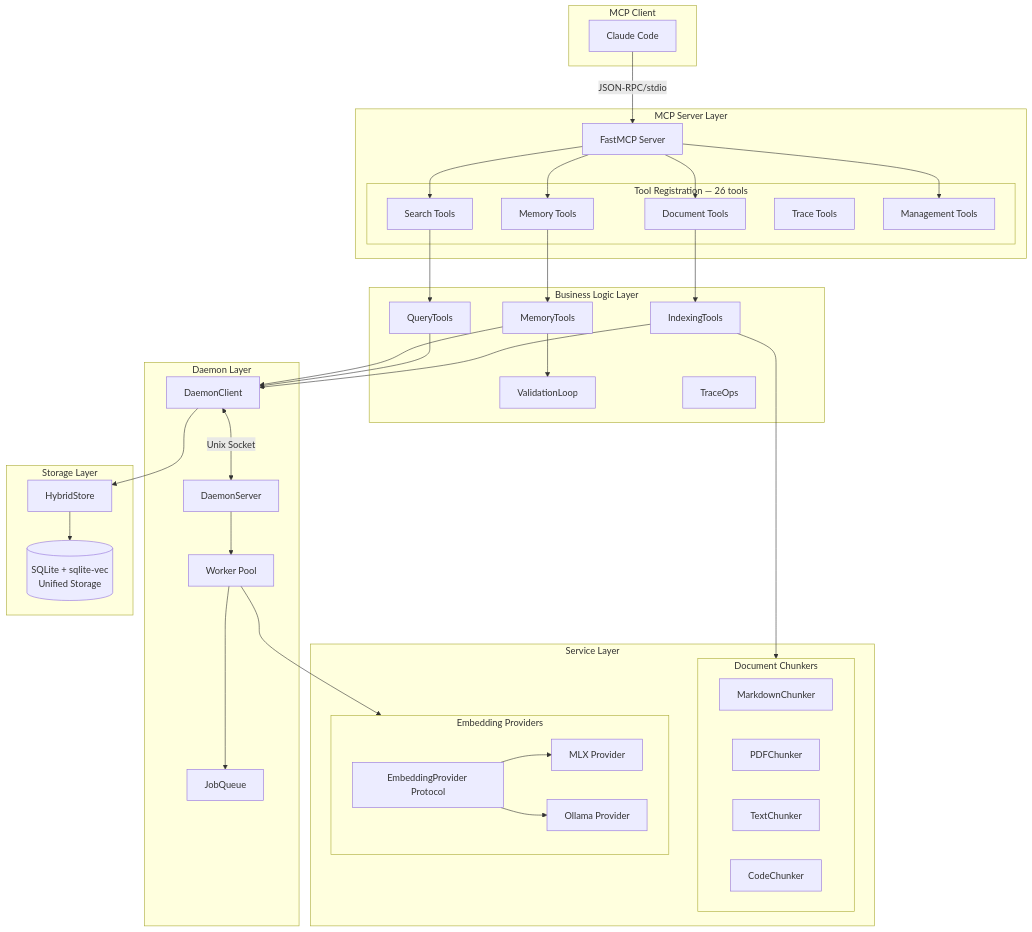
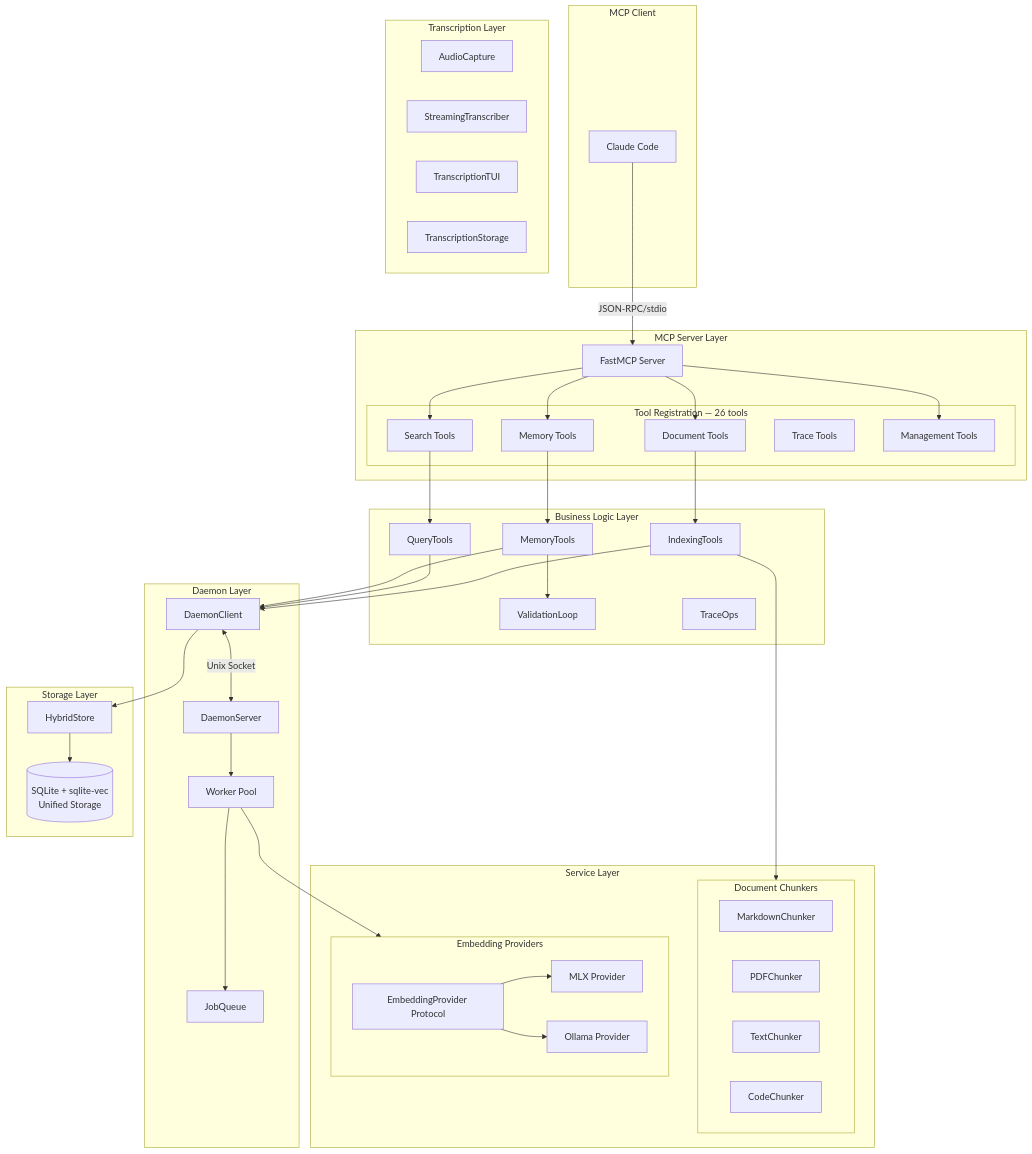
Before and after one commit to blueman82/theo: the diagram in docs/architecture.md, drawn with Mermaid.

Commit message:
Update documentation: architecture.md via Edit [2026-02-08 11:35]

````diff
--- a/docs/architecture.md
+++ b/docs/architecture.md
@@ -109,73 +109,80 @@
 ```mermaid
 flowchart TB
     subgraph Client["MCP Client"]
         CC[Claude Code]
     end
 
     subgraph MCPServer["MCP Server Layer"]
         FM[FastMCP Server]
         subgraph Tools["Tool Registration — 26 tools"]
             DT[Document Tools]
             ST[Search Tools]
             MT[Memory Tools]
             TRT[Trace Tools]
             MGT[Management Tools]
         end
     end
 
     subgraph Business["Business Logic Layer"]
         IT[IndexingTools]
         QT[QueryTools]
         MTools[MemoryTools]
         VL[ValidationLoop]
         TR[TraceOps]
     end
 
     subgraph Daemon["Daemon Layer"]
         DC[DaemonClient]
         DS[DaemonServer]
         W[Worker Pool]
         JQ[JobQueue]
     end
 
     subgraph Services["Service Layer"]
         subgraph Chunkers["Document Chunkers"]
             MC[MarkdownChunker]
             PC[PDFChunker]
             TC[TextChunker]
             CodeC[CodeChunker]
         end
         subgraph Embedding["Embedding Providers"]
             EP[EmbeddingProvider Protocol]
             MLX[MLX Provider]
             OLL[Ollama Provider]
         end
     end
 
     subgraph Storage["Storage Layer"]
         HS[HybridStore]
         SQL[(SQLite + sqlite-vec<br/>Unified Storage)]
     end
 
+    subgraph Transcription["Transcription Layer"]
+        AC[AudioCapture]
+        STR[StreamingTranscriber]
+        TUI[TranscriptionTUI]
+        TS[TranscriptionStorage]
+    end
+
     CC -->|JSON-RPC/stdio| FM
     FM --> DT & ST & MT & MGT
     DT --> IT
     ST --> QT
     MT --> MTools
     MTools --> VL
 
     IT --> DC
     QT --> DC
     MTools --> DC
 
     DC <-->|Unix Socket| DS
     DS --> W
     W --> JQ
 
     IT --> Chunkers
     W --> Embedding
     EP --> MLX & OLL
 
     DC --> HS
     HS --> SQL
 ```
````
